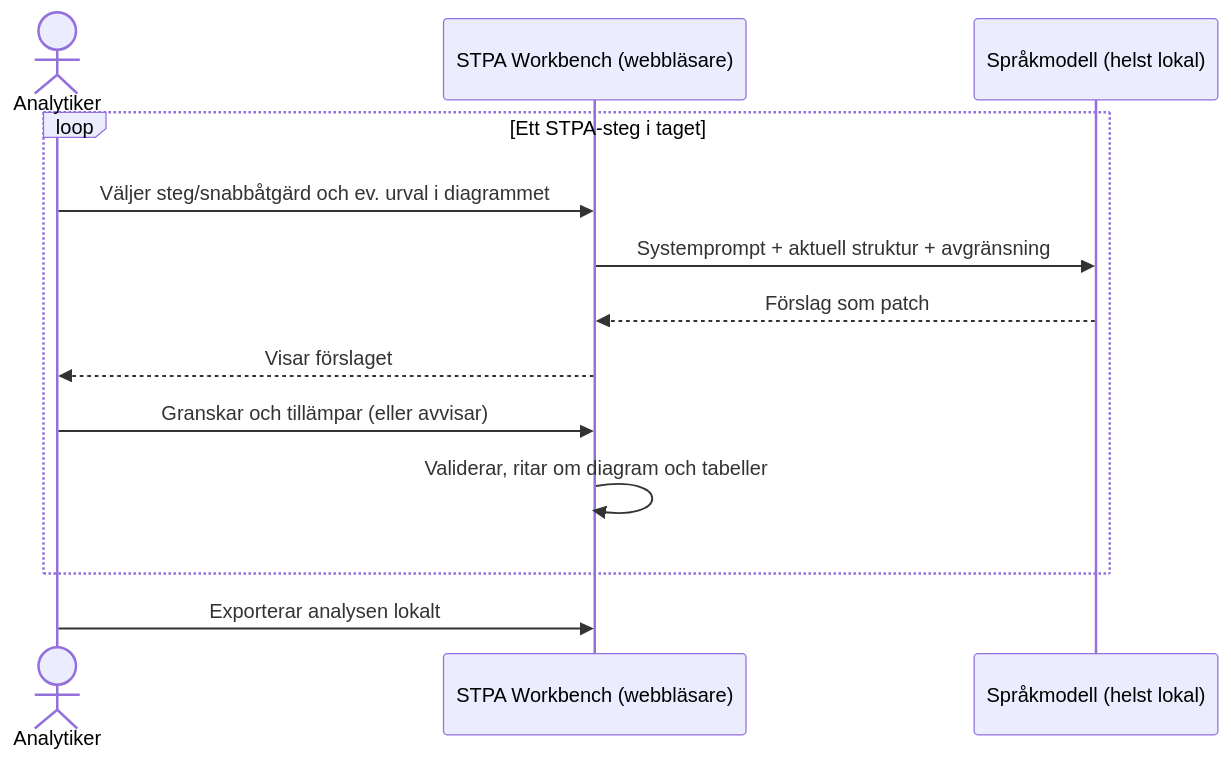
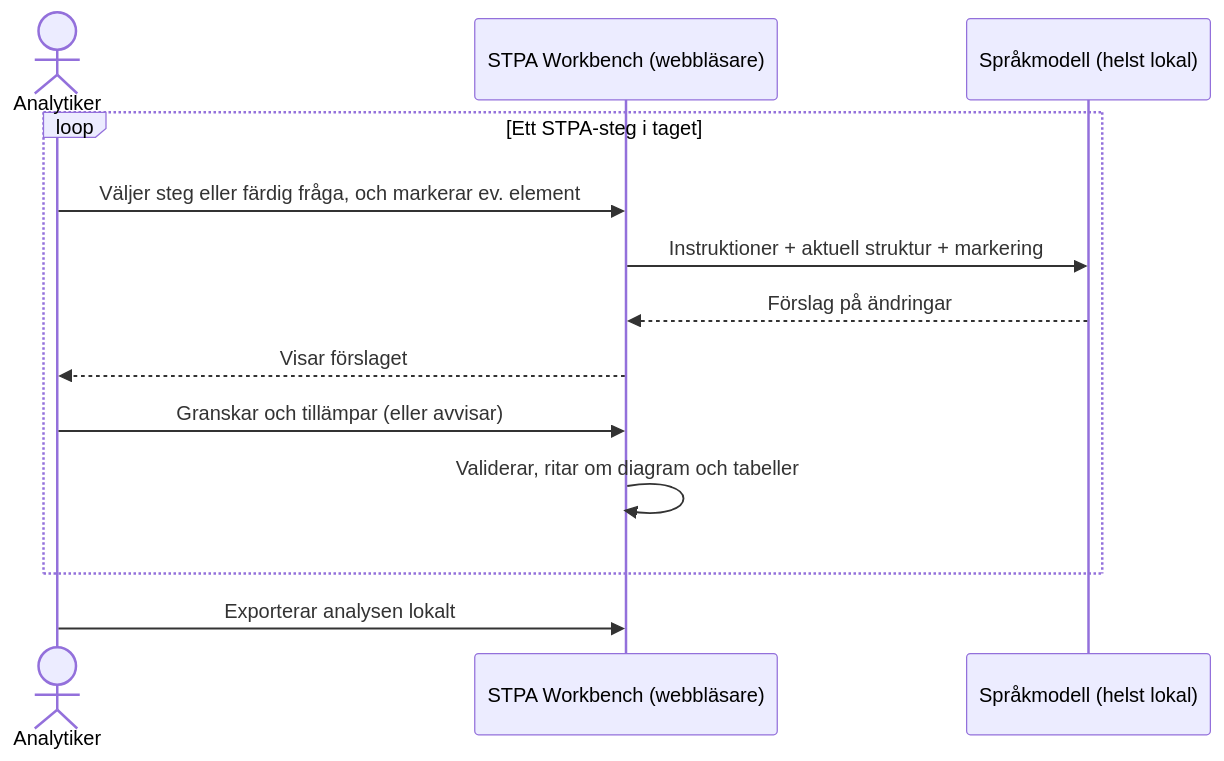
The third of 3 diagrams in arkitektur.md (larswpettersson/hfa-ds), drawn with Mermaid before and after one commit. The commit also changed other lines of this file and 1 other file, not shown here.

First line of the commit message:
Docs: plainer wording in the architecture documents

````diff
--- a/arkitektur.md
+++ b/arkitektur.md
@@ -189,16 +189,16 @@
 ```mermaid
 sequenceDiagram
     actor An as Analytiker
     participant WB as STPA Workbench (webbläsare)
     participant LLM as Språkmodell (helst lokal)
 
     loop Ett STPA-steg i taget
-        An->>WB: Väljer steg/snabbåtgärd och ev. urval i diagrammet
-        WB->>LLM: Systemprompt + aktuell struktur + avgränsning
-        LLM-->>WB: Förslag som patch
+        An->>WB: Väljer steg eller färdig fråga, och markerar ev. element
+        WB->>LLM: Instruktioner + aktuell struktur + markering
+        LLM-->>WB: Förslag på ändringar
         WB-->>An: Visar förslaget
         An->>WB: Granskar och tillämpar (eller avvisar)
         WB->>WB: Validerar, ritar om diagram och tabeller
     end
     An->>WB: Exporterar analysen lokalt
 ```
````
